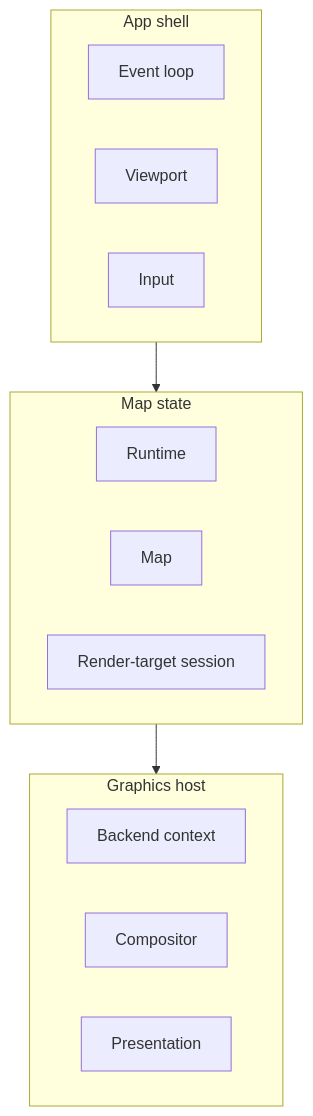
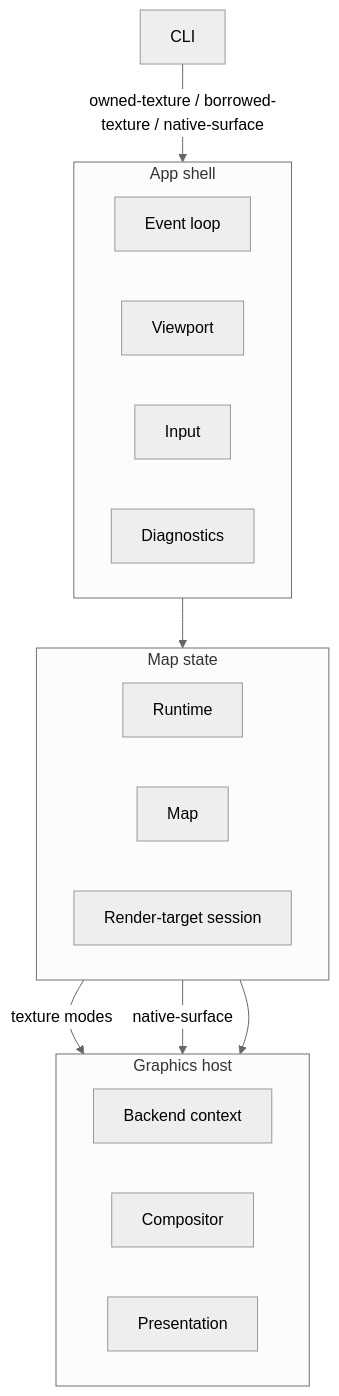
Before and after one commit to maplibre/maplibre-native-ffi: the first of 3 diagrams in docs/src/content/docs/development/specifications/map-example.md, drawn with Mermaid. The commit also changed other lines of this file, not shown here.

Commit message:
docs(spec): fix pitch clamp; update architecture diagram layout
Add Diagnostics and render-path edges; direction LR in all subgraphs.

````diff
--- a/docs/src/content/docs/development/specifications/map-example.md
+++ b/docs/src/content/docs/development/specifications/map-example.md
@@ -127,20 +127,28 @@
 ```mermaid
+%%{init: {'theme': 'neutral'}}%%
 flowchart TB
   subgraph shell["App shell"]
+    direction LR
     EL[Event loop]
     VP[Viewport]
     IN[Input]
+    DG[Diagnostics]
   end
   subgraph mapstate["Map state"]
+    direction LR
     RT[Runtime]
     MP[Map]
     RS[Render-target session]
   end
   subgraph gfx["Graphics host"]
+    direction LR
     BE[Backend context]
     CP[Compositor]
     SC[Presentation]
   end
+  CLI -->|"owned-texture / borrowed-texture / native-surface"| shell
   shell --> mapstate
   mapstate --> gfx
+  RS -->|texture modes| CP
+  RS -->|native-surface| SC
 ```
````
